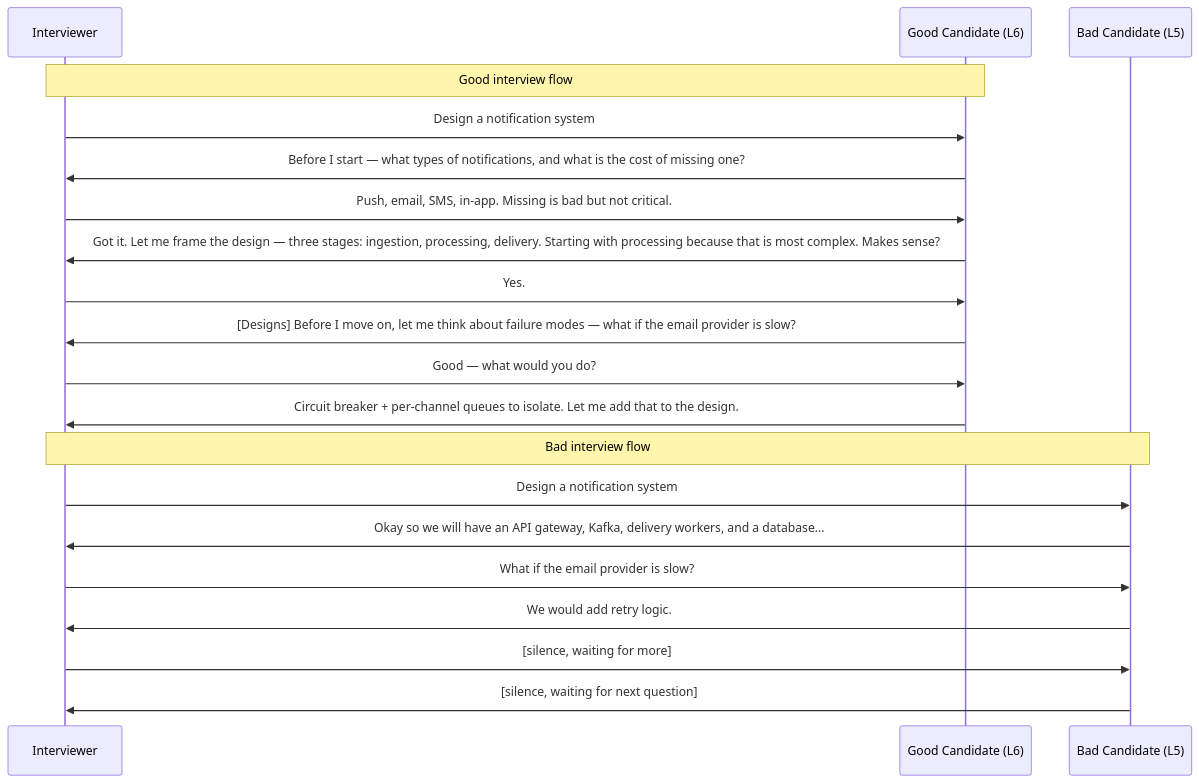
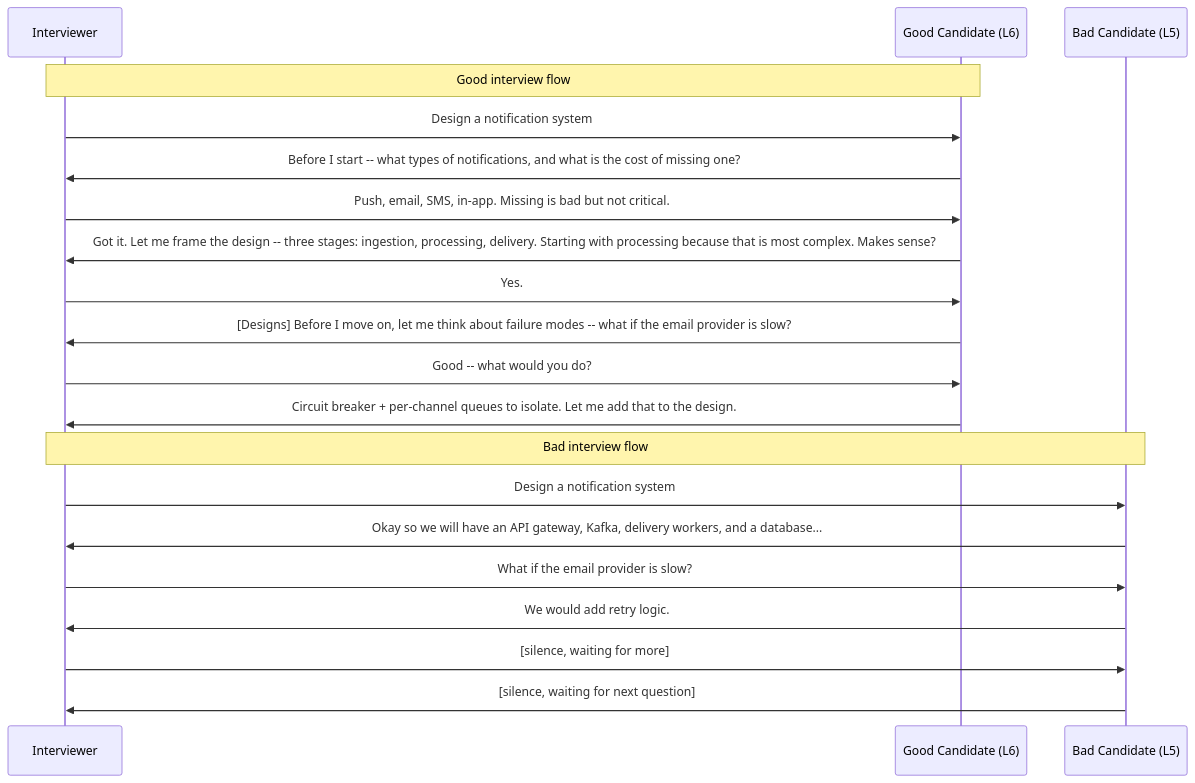
The seventh of 10 diagrams in Section1/Chapter_7_How_Google_Evaluates_Staff_Engineers.md (ranjeetnegi/System-Design-for-Staff-SWE), drawn with Mermaid before and after one commit. The commit also changed other lines of this file and 11 other files, not shown here.

````diff
--- a/Section1/Chapter_7_How_Google_Evaluates_Staff_Engineers.md
+++ b/Section1/Chapter_7_How_Google_Evaluates_Staff_Engineers.md
@@ -1609,22 +1609,22 @@
 ```mermaid
 sequenceDiagram
     participant I as Interviewer
     participant G as Good Candidate (L6)
     participant B as Bad Candidate (L5)
     Note over I,G: Good interview flow
     I->>G: Design a notification system
-    G->>I: Before I start — what types of notifications, and what is the cost of missing one?
+    G->>I: Before I start -- what types of notifications, and what is the cost of missing one?
     I->>G: Push, email, SMS, in-app. Missing is bad but not critical.
-    G->>I: Got it. Let me frame the design — three stages: ingestion, processing, delivery. Starting with processing because that is most complex. Makes sense?
+    G->>I: Got it. Let me frame the design -- three stages: ingestion, processing, delivery. Starting with processing because that is most complex. Makes sense?
     I->>G: Yes.
-    G->>I: [Designs] Before I move on, let me think about failure modes — what if the email provider is slow?
-    I->>G: Good — what would you do?
+    G->>I: [Designs] Before I move on, let me think about failure modes -- what if the email provider is slow?
+    I->>G: Good -- what would you do?
     G->>I: Circuit breaker + per-channel queues to isolate. Let me add that to the design.
     Note over I,B: Bad interview flow
     I->>B: Design a notification system
     B->>I: Okay so we will have an API gateway, Kafka, delivery workers, and a database...
     I->>B: What if the email provider is slow?
     B->>I: We would add retry logic.
     I->>B: [silence, waiting for more]
     B->>I: [silence, waiting for next question]
 ```
````
